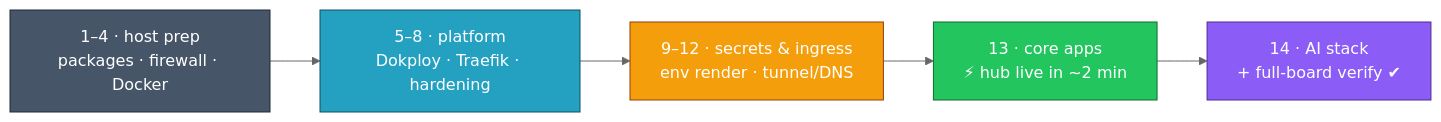
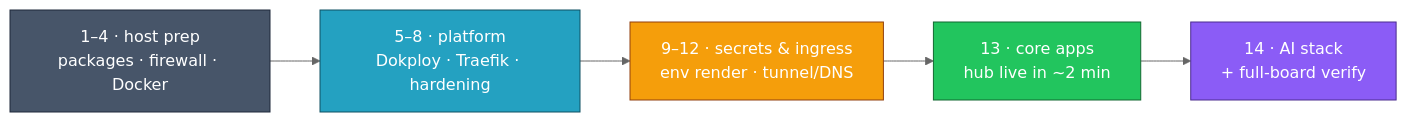
The second of 2 diagrams in README.md (alshawwaf/ubuntu-dokploy-ai), drawn with Mermaid (neutral theme) before and after one commit. The commit also changed other lines of this file, not shown here.

````diff
--- a/README.md
+++ b/README.md
@@ -204,18 +192,18 @@
 ```mermaid
 flowchart LR
     A["1–4 · host prep<br/>packages · firewall · Docker"] --> B["5–8 · platform<br/>Dokploy · Traefik · hardening"]
     B --> C["9–12 · secrets & ingress<br/>env render · tunnel/DNS"]
-    C --> D["13 · core apps<br/>⚡ hub live in ~2 min"]
-    D --> E["14 · AI stack<br/>+ full-board verify ✔"]
+    C --> D["13 · core apps<br/>hub live in ~2 min"]
+    D --> E["14 · AI stack<br/>+ full-board verify"]
 
     classDef prep fill:#475569,stroke:#1e293b,color:#fff
     classDef plat fill:#24A1C1,stroke:#0e5162,color:#fff
     classDef sec fill:#F59E0B,stroke:#92400e,color:#fff
     classDef core fill:#22C55E,stroke:#116931,color:#fff
     classDef ai fill:#8B5CF6,stroke:#4c2d8f,color:#fff
     class A prep
     class B plat
     class C sec
     class D core
     class E ai
 ```
````
